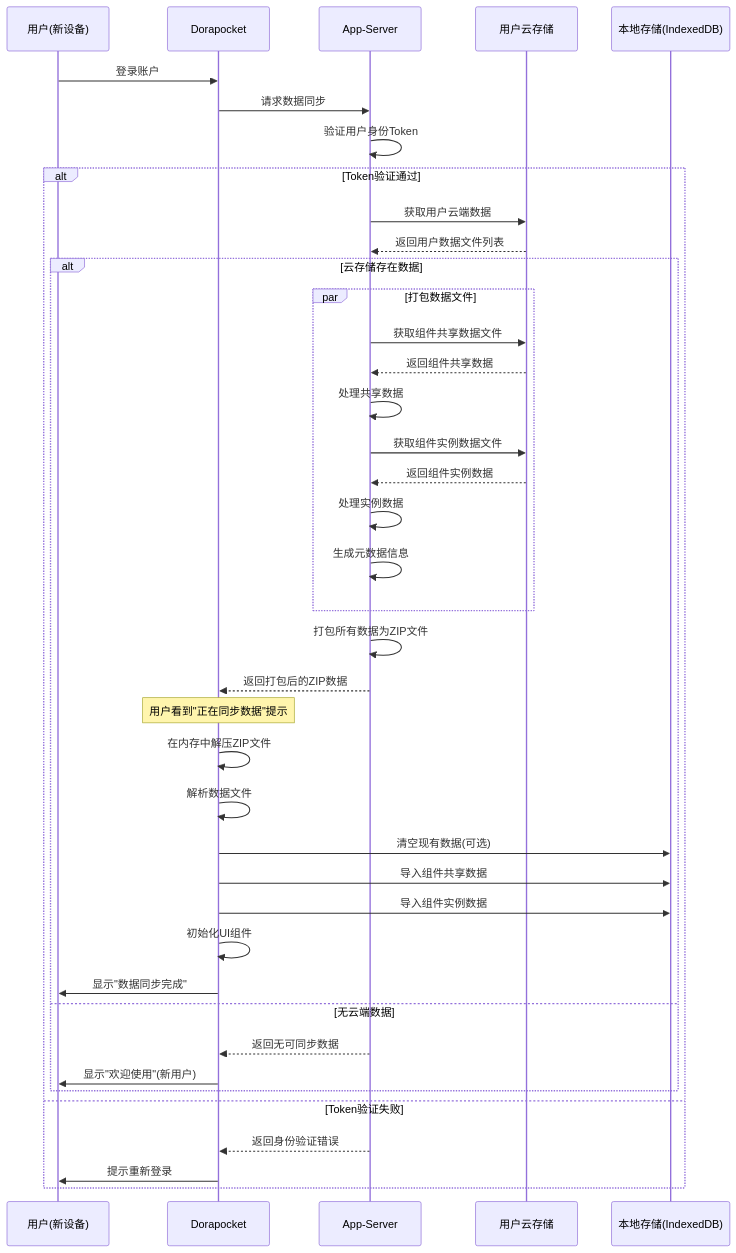
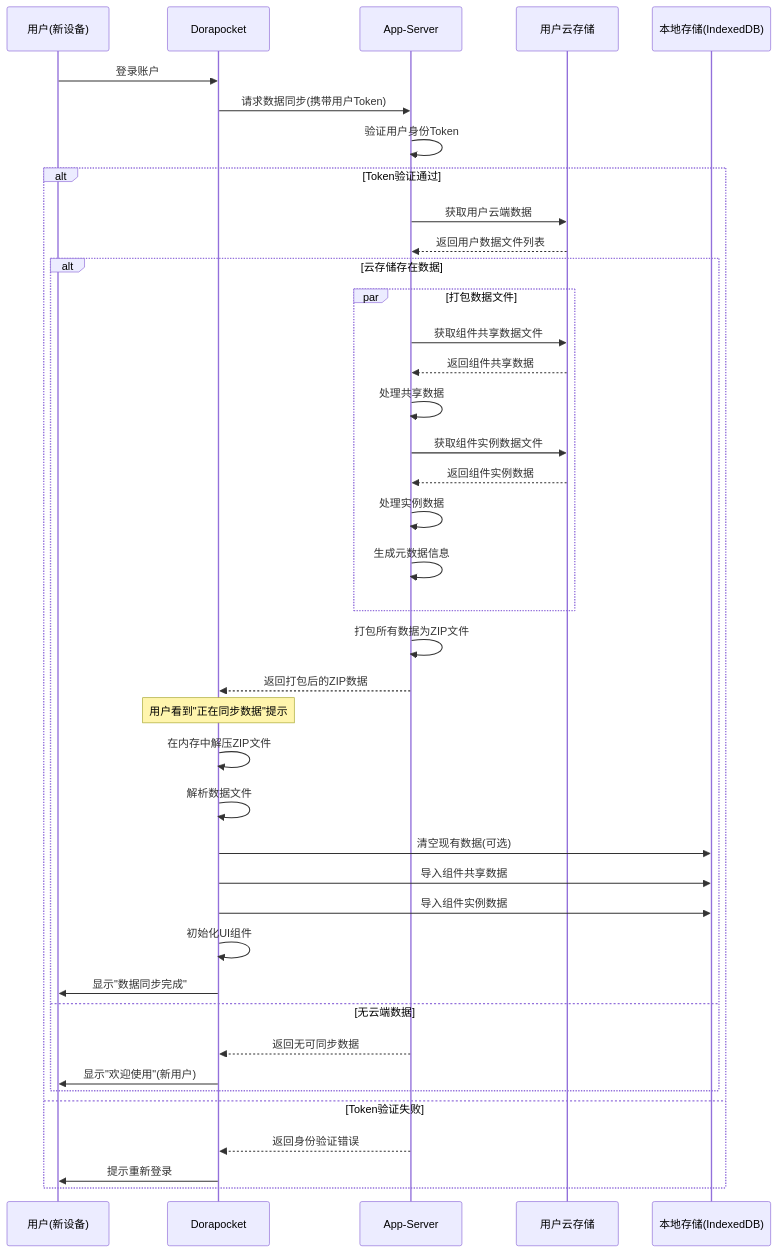
The diagram in all/未命名-38.md (yingjianzh/iodraw-files), drawn with Mermaid before and after one commit.

Commit message:
2025-04-21 13:53:39 update

````diff
--- a/all/未命名-38.md
+++ b/all/未命名-38.md
@@ -1,53 +1,53 @@
 ```mermaid
 sequenceDiagram
     participant User as 用户(新设备)
     participant App as Dorapocket
     participant AppServer as App-Server
     participant UserCloud as 用户云存储
     participant LocalDB as 本地存储(IndexedDB)
     
     User->>App: 登录账户
     
-    App->>AppServer: 请求数据同步
+    App->>AppServer: 请求数据同步(携带用户Token)
     AppServer->>AppServer: 验证用户身份Token
     
     alt Token验证通过
         AppServer->>UserCloud: 获取用户云端数据
         UserCloud-->>AppServer: 返回用户数据文件列表
         
         alt 云存储存在数据
             par 打包数据文件
                 AppServer->>UserCloud: 获取组件共享数据文件
                 UserCloud-->>AppServer: 返回组件共享数据
                 AppServer->>AppServer: 处理共享数据
                 
                 AppServer->>UserCloud: 获取组件实例数据文件
                 UserCloud-->>AppServer: 返回组件实例数据
                 AppServer->>AppServer: 处理实例数据
                 
                 AppServer->>AppServer: 生成元数据信息
             end
             
             AppServer->>AppServer: 打包所有数据为ZIP文件
             AppServer-->>App: 返回打包后的ZIP数据
             
             Note over App: 用户看到"正在同步数据"提示
             
             App->>App: 在内存中解压ZIP文件
             App->>App: 解析数据文件
             
             App->>LocalDB: 清空现有数据(可选)
             App->>LocalDB: 导入组件共享数据
             App->>LocalDB: 导入组件实例数据
             
             App->>App: 初始化UI组件
             App->>User: 显示"数据同步完成"
         else 无云端数据
             AppServer-->>App: 返回无可同步数据
             App->>User: 显示"欢迎使用"(新用户)
         end
     else Token验证失败
         AppServer-->>App: 返回身份验证错误
         App->>User: 提示重新登录
     end
 ```
````
